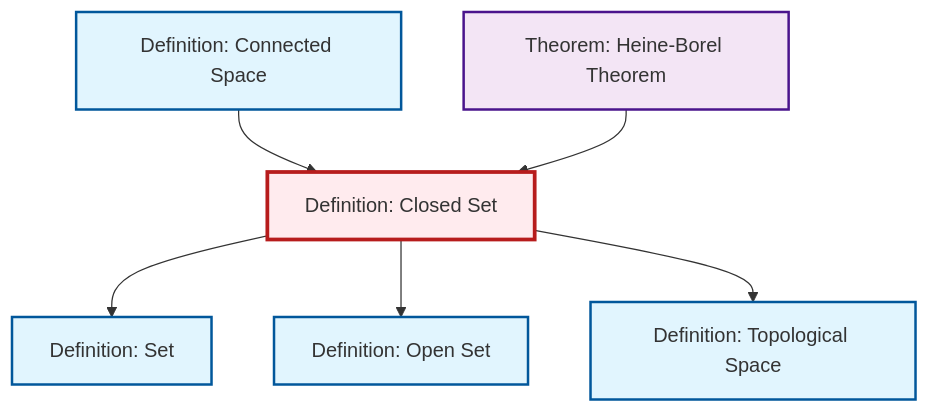
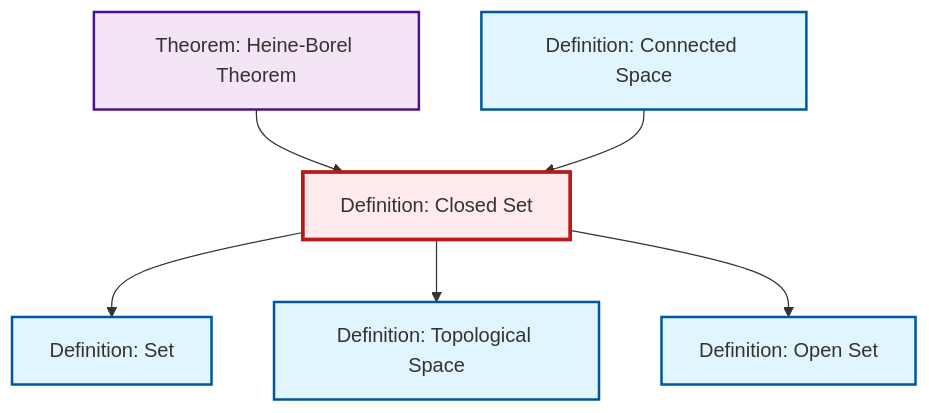
The diagram in content/ja/topology/def-closed-set.qmd (RK0429/ModernMath), drawn with Mermaid before and after one commit. The commit also changed other lines of this file and 417 other files, not shown here.

````diff
--- a/content/ja/topology/def-closed-set.qmd
+++ b/content/ja/topology/def-closed-set.qmd
@@ -45,26 +45,26 @@
 ```{mermaid}
 %%| fig-cap: "Local dependency graph"
 graph TD
     classDef definition fill:#e1f5fe,stroke:#01579b,stroke-width:2px
     classDef theorem fill:#f3e5f5,stroke:#4a148c,stroke-width:2px
     classDef axiom fill:#fff3e0,stroke:#e65100,stroke-width:2px
     classDef example fill:#e8f5e9,stroke:#1b5e20,stroke-width:2px
     classDef current fill:#ffebee,stroke:#b71c1c,stroke-width:3px
-    def-set["Definition: Set"]:::definition
     def-topological-space["Definition: Topological Space"]:::definition
     def-open-set["Definition: Open Set"]:::definition
+    def-connected["Definition: Connected Space"]:::definition
     def-closed-set["Definition: Closed Set"]:::definition
-    def-connected["Definition: Connected Space"]:::definition
+    def-set["Definition: Set"]:::definition
     thm-heine-borel["Theorem: Heine-Borel Theorem"]:::theorem
     def-closed-set --> def-set
-    def-closed-set --> def-open-set
-    def-connected --> def-closed-set
     thm-heine-borel --> def-closed-set
     def-closed-set --> def-topological-space
+    def-connected --> def-closed-set
+    def-closed-set --> def-open-set
     class def-closed-set current
-    click def-set "def-set.html" "Definition: Setへ"
     click def-topological-space "def-topological-space.html" "Definition: Topological Spaceへ"
     click def-open-set "def-open-set.html" "Definition: Open Setへ"
     click def-connected "def-connected.html" "Definition: Connected Spaceへ"
+    click def-set "def-set.html" "Definition: Setへ"
     click thm-heine-borel "thm-heine-borel.html" "Theorem: Heine-Borel Theoremへ"
 ```
````
